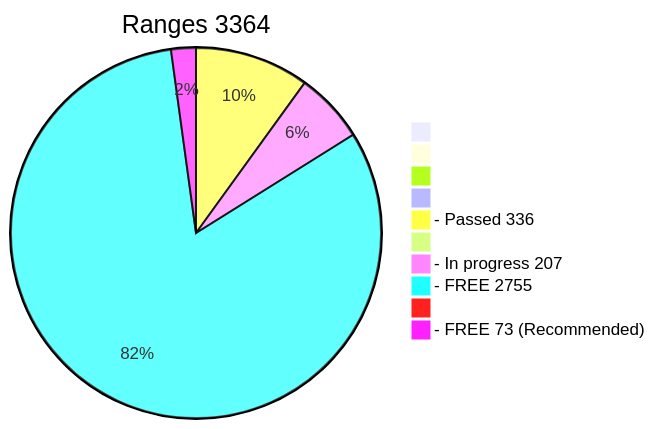
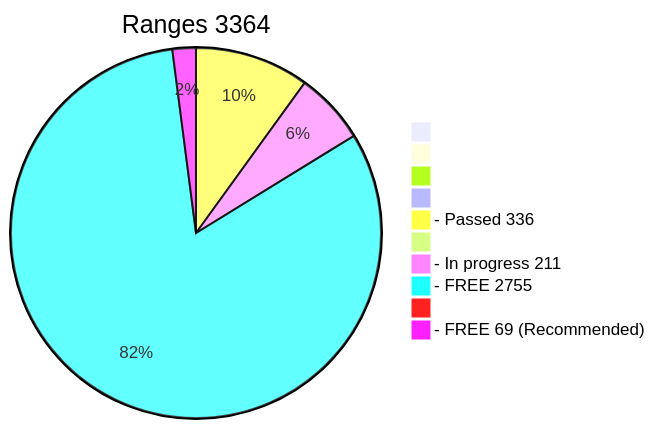
Before and after one commit to phrutis/wif500: the diagram in x64/Release/table.md, drawn with Mermaid. The commit also changed other lines of this file, not shown here.

````diff
--- a/x64/Release/table.md
+++ b/x64/Release/table.md
@@ -2,13 +2,13 @@
 ```mermaid
 pie title Ranges 3364
   " " : 0
   "  " : 0
   "   " : 0
   "    " : 0
   "- Passed 336" : 336
   "     " : 0
-  "- In progress 207" : 207
+  "- In progress 211" : 211
   "- FREE 2755" : 2755
   "      " : 0
-  "- FREE 73 (Recommended)" : 73
+  "- FREE 69 (Recommended)" : 69
 ```
````
